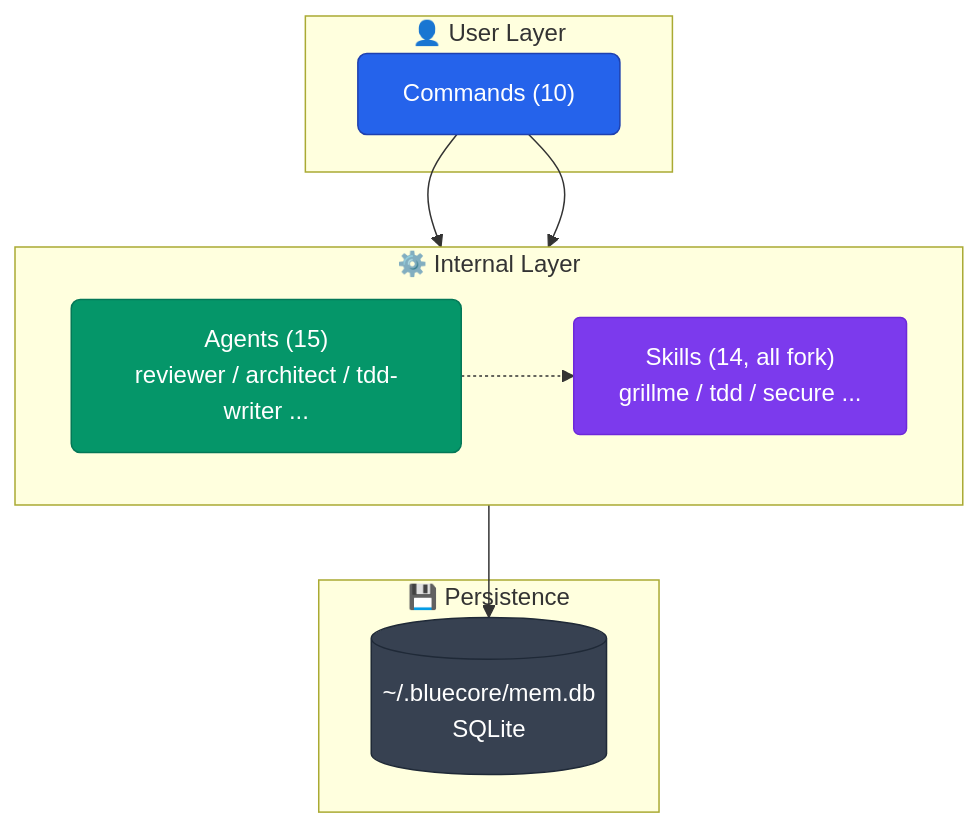
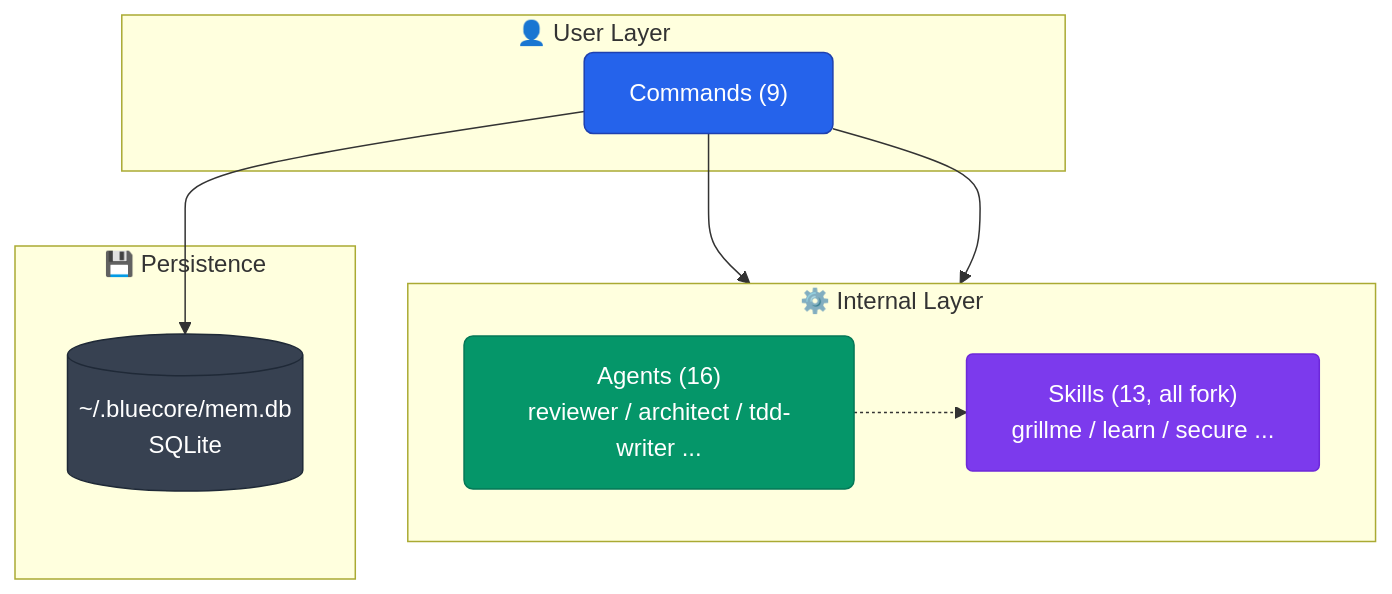
One commit to aokumablue/claq changed diagram 12 of 12 in README.md. Above: the diagram before and after it, drawn with Mermaid. The commit also changed other lines of this file and 1 other file, not shown here.

````diff
--- a/README.md
+++ b/README.md
@@ -502,26 +506,26 @@
 ```mermaid
 flowchart TB
   classDef cmd    fill:#2563eb,stroke:#1e40af,color:#fff,rx:6
   classDef agent  fill:#059669,stroke:#047857,color:#fff,rx:6
   classDef skill  fill:#7c3aed,stroke:#6d28d9,color:#fff,rx:4
   classDef store  fill:#374151,stroke:#1f2937,color:#fff,rx:4
 
   subgraph user["👤 User Layer"]
-    CMD["Commands (10)"]:::cmd
+    CMD["Commands (9)"]:::cmd
   end
 
   subgraph internal["⚙️ Internal Layer"]
     direction LR
-    AGT["Agents (15)<br/>reviewer / architect / tdd-writer ..."]:::agent
-    SKL["Skills (14, all fork)<br/>grillme / tdd / secure ..."]:::skill
+    AGT["Agents (16)<br/>reviewer / architect / tdd-writer ..."]:::agent
+    SKL["Skills (13, all fork)<br/>grillme / learn / secure ..."]:::skill
   end
 
   subgraph persistence["💾 Persistence"]
     DB[("~/.bluecore/mem.db<br/>SQLite")]:::store
   end
 
   CMD --> AGT
   CMD --> SKL
   AGT -.-> SKL
-  AGT --> DB
+  CMD --> DB
 ```
````
